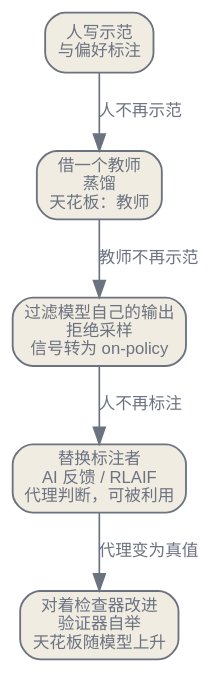
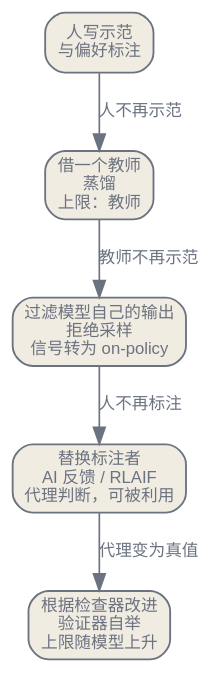
One commit to latere-ai/ai-as-an-infrastructure changed the second of 3 diagrams in zh/adaptation/04-synthetic-data-self-improvement.qmd. Above: the diagram before and after it, drawn with Graphviz. The commit also changed other lines of this file and 5 other files, not shown here.

````diff
--- a/zh/adaptation/04-synthetic-data-self-improvement.qmd
+++ b/zh/adaptation/04-synthetic-data-self-improvement.qmd
@@ -85,22 +85,22 @@
 ```{dot}
 //| label: fig-synthetic-data-lineage
-//| fig-cap: "从人工标注者撤退。每一步都用一个成本更低的判断来源替换某一角色上的人，下一轮数据的来源也随之移动。"
+//| fig-cap: "人工标注者逐步退出。每一步都用一个成本更低的判断来源替换某一角色上的人，下一轮数据的来源也随之移动。"
 digraph {
   bgcolor="transparent";
   rankdir=TB;
   nodesep=0.4; ranksep=0.5;
   node [shape=box, style="rounded,filled", fontname="Helvetica", fontsize=10, color="#6b7280", fontcolor="#6b7280", fillcolor="#f1ece1", penwidth=1.1];
   edge [fontsize=10, fontname="Helvetica", color="#6b7280", fontcolor="#6b7280"];
 
   H [label="人写示范\n与偏好标注"];
-  T [label="借一个教师\n蒸馏\n天花板：教师"];
+  T [label="借一个教师\n蒸馏\n上限：教师"];
   R [label="过滤模型自己的输出\n拒绝采样\n信号转为 on-policy"];
   A [label="替换标注者\nAI 反馈 / RLAIF\n代理判断，可被利用"];
-  V [label="对着检查器改进\n验证器自举\n天花板随模型上升"];
+  V [label="根据检查器改进\n验证器自举\n上限随模型上升"];
 
   H -> T [label="人不再示范"];
   T -> R [label="教师不再示范"];
   R -> A [label="人不再标注"];
   A -> V [label="代理变为真值"];
 }
 ```
````
